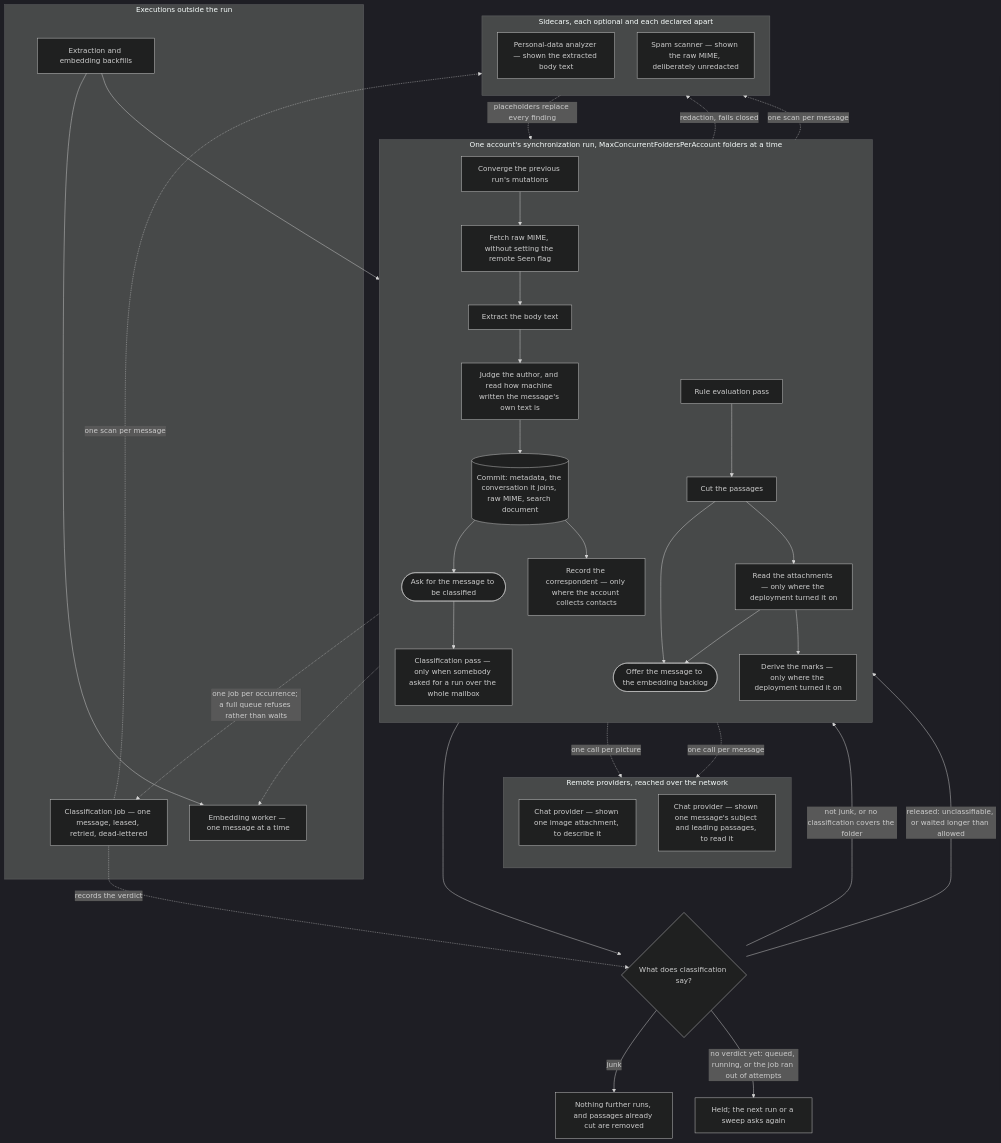
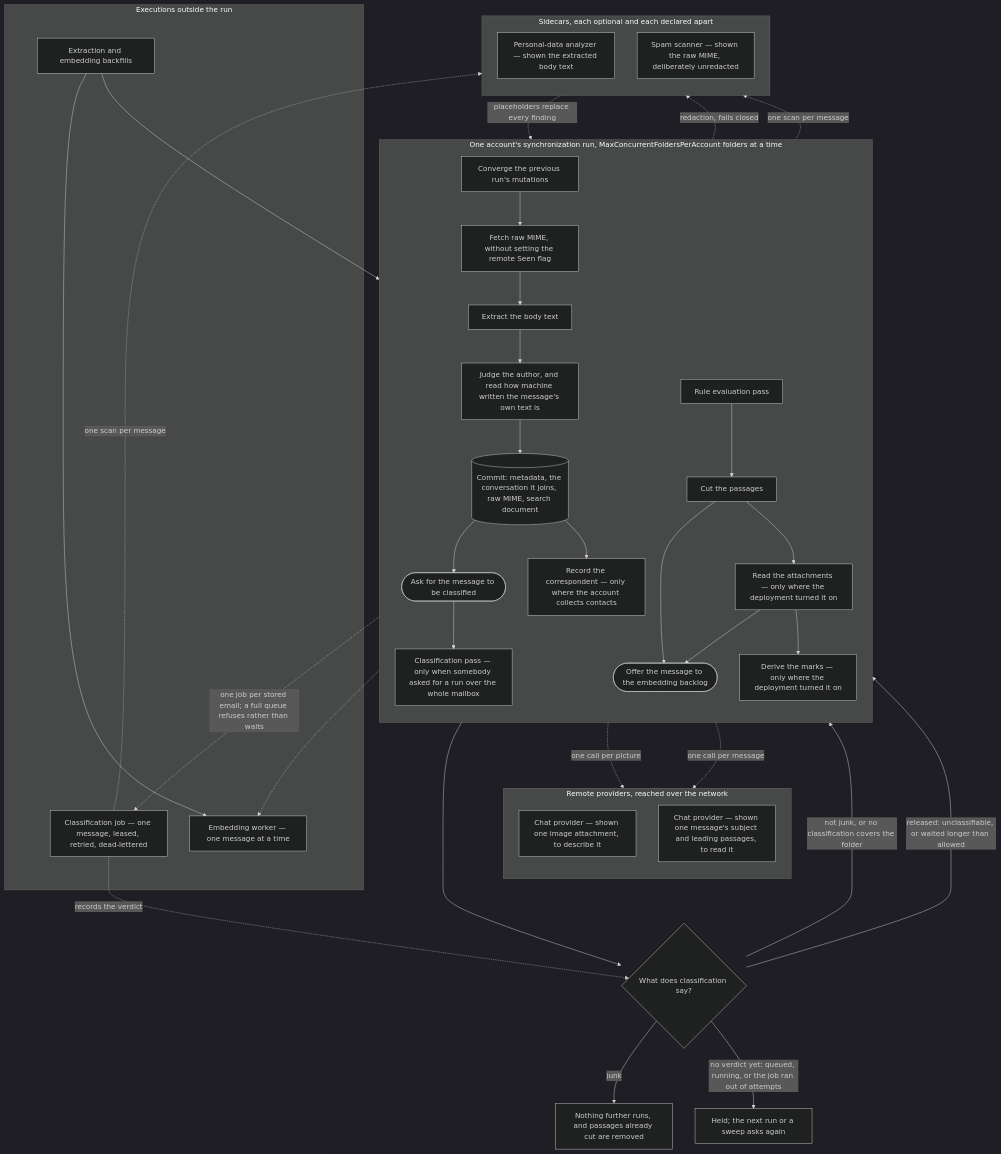
One commit to Krzysztof318/MailFathom changed the diagram in docs/architecture/arrival-pipeline.md. Above: the diagram before and after it, drawn with Mermaid (dark theme). The commit also changed 82 other files, not shown here.

````diff
--- a/docs/architecture/arrival-pipeline.md
+++ b/docs/architecture/arrival-pipeline.md
@@ -16,64 +16,64 @@
 ```mermaid
 flowchart TD
     subgraph run["One account's synchronization run, MaxConcurrentFoldersPerAccount folders at a time"]
         direction TB
         converge["Converge the previous run's mutations"]
         fetch["Fetch raw MIME, without setting the remote Seen flag"]
         extract["Extract the body text"]
         judge["Judge the author, and read how machine written the message's own text is"]
         commit[("Commit: metadata, the conversation it joins, raw MIME, search document")]
         ask(["Ask for the message to be classified"])
         collect["Record the correspondent — only where the account collects contacts"]
         classify["Classification pass — only when somebody asked for a run over the whole mailbox"]
         rules["Rule evaluation pass"]
         cut["Cut the passages"]
         read["Read the attachments — only where the deployment turned it on"]
         offer(["Offer the message to the embedding backlog"])
         enrich["Derive the marks — only where the deployment turned it on"]
     end
 
     subgraph sidecars["Sidecars, each optional and each declared apart"]
         direction TB
         presidio["Personal-data analyzer — shown the extracted body text"]
         spamd["Spam scanner — shown the raw MIME, deliberately unredacted"]
     end
 
     subgraph remote["Remote providers, reached over the network"]
         direction TB
         vision["Chat provider — shown one image attachment, to describe it"]
         enricher["Chat provider — shown one message's subject and leading passages, to read it"]
     end
 
     subgraph elsewhere["Executions outside the run"]
         job["Classification job — one message, leased, retried, dead-lettered"]
         worker["Embedding worker — one message at a time"]
         sweeps["Extraction and embedding backfills"]
     end
 
     converge --> fetch --> extract --> judge
     judge -. "redaction, fails closed" .-> presidio
     presidio -. "placeholders replace every finding" .-> judge
     judge --> commit
     commit --> ask
     commit --> collect
-    ask -. "one job per occurrence; a full queue refuses rather than waits" .-> job
+    ask -. "one job per stored email; a full queue refuses rather than waits" .-> job
     ask --> classify
     job -. "one scan per message" .-> spamd
     classify -. "one scan per message" .-> spamd
     job -. "records the verdict" .-> gate
     classify --> gate{"What does classification say?"}
     gate -- "junk" --> withheld["Nothing further runs, and passages already cut are removed"]
     gate -- "not junk, or no classification covers the folder" --> rules
     gate -- "no verdict yet: queued, running, or the job ran out of attempts" --> held["Held; the next run or a sweep asks again"]
     gate -- "released: unclassifiable, or waited longer than allowed" --> rules
     rules --> cut
     cut --> offer
     cut --> read
     read --> offer
     read -. "one call per picture" .-> vision
     read --> enrich
     enrich -. "one call per message" .-> enricher
     offer -.-> worker
     sweeps --> cut
     sweeps --> worker
 ```
````
